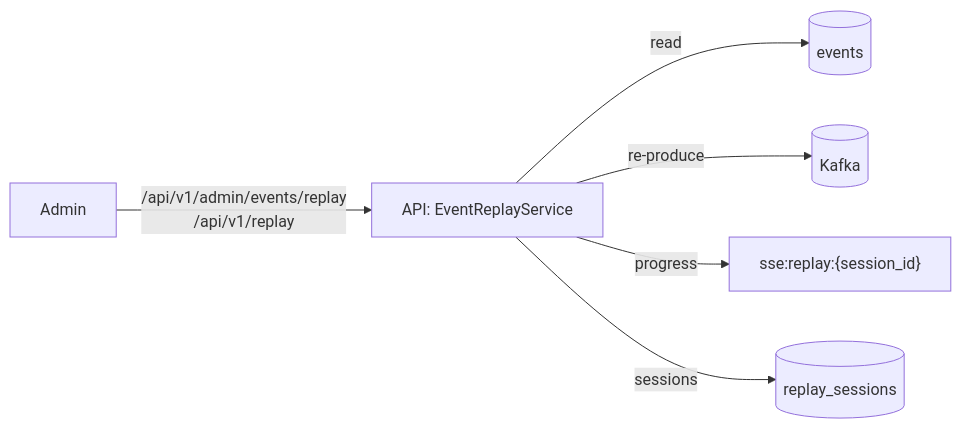
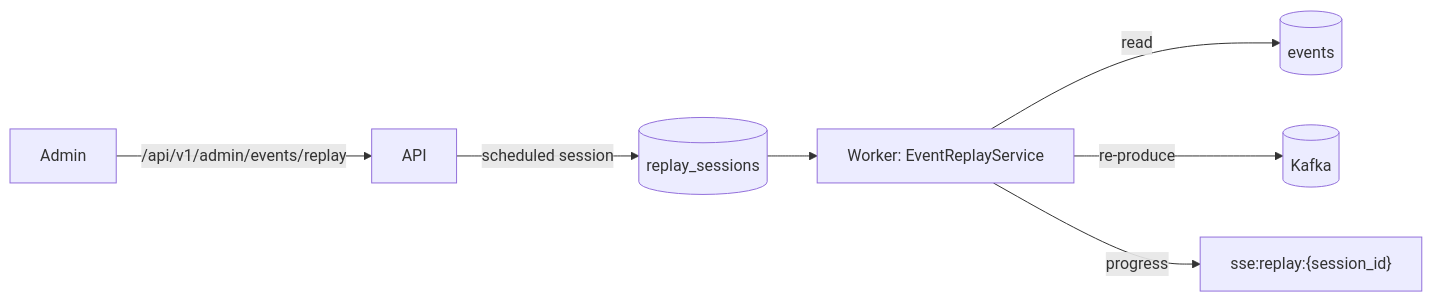
One commit to HardMax71/Integr8sCode changed the diagram in docs/components/event-replay.md. Above: the diagram before and after it, drawn with Mermaid. The commit also changed other lines of this file and 50 other files, not shown here.

First line of the commit message:
fix: replays run in the worker from a scheduled session, and the admin replay publishes to Kafka (#433)

````diff
--- a/docs/components/event-replay.md
+++ b/docs/components/event-replay.md
@@ -5,8 +5,9 @@
 ```mermaid
 graph LR
-    Admin[Admin] -->|/api/v1/admin/events/replay<br/>/api/v1/replay| API[API: EventReplayService]
-    API -->|read| Mongo[(events)]
-    API -->|re-produce| Kafka[(Kafka)]
-    API -->|progress| Redis["sse:replay:{session_id}"]
-    API -->|sessions| Sessions[(replay_sessions)]
+    Admin[Admin] -->|/api/v1/admin/events/replay| API[API]
+    API -->|scheduled session| Sessions[(replay_sessions)]
+    Sessions --> Worker[Worker: EventReplayService]
+    Worker -->|read| Events[(events)]
+    Worker -->|re-produce| Kafka[(Kafka)]
+    Worker -->|progress| Redis["sse:replay:{session_id}"]
 ```
````
